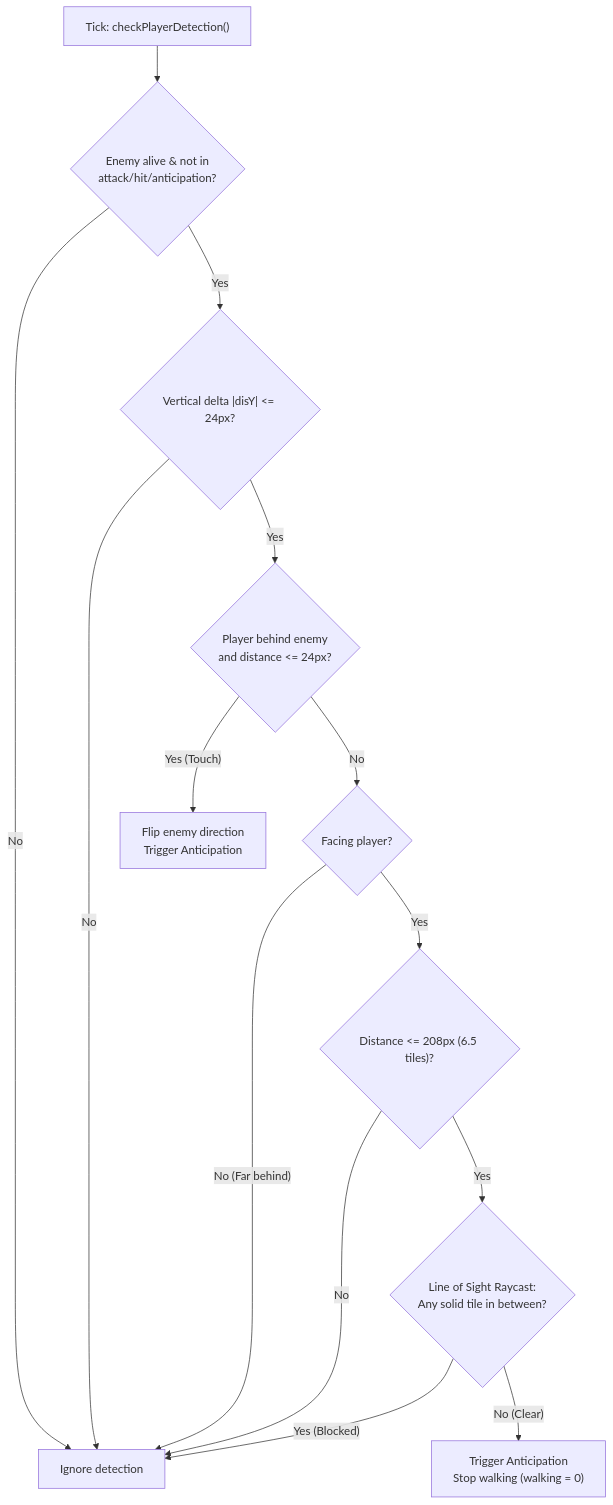
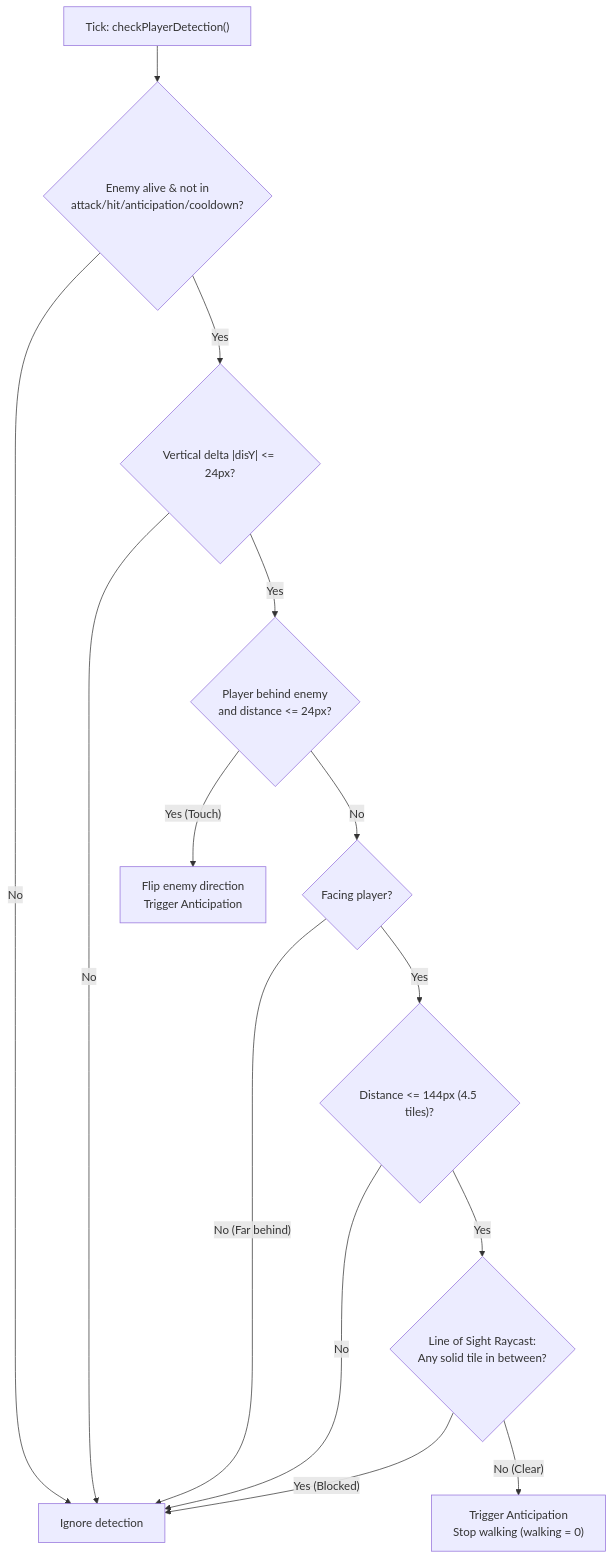
The diagram in docs/ENEMY_DETECTION.md (kzxatgc/blade-voyage), drawn with Mermaid before and after one commit. The commit also changed other lines of this file and 3 other files, not shown here.

Commit message:
feat(enemy): add anticipation, attack actions, melee hitboxes, and balanced detection AI

````diff
--- a/docs/ENEMY_DETECTION.md
+++ b/docs/ENEMY_DETECTION.md
@@ -24,16 +25,16 @@
 ```mermaid
 flowchart TD
-    Start["Tick: checkPlayerDetection()"] --> IsActive{"Enemy alive & not in<br/>attack/hit/anticipation?"}
+    Start["Tick: checkPlayerDetection()"] --> IsActive{"Enemy alive & not in<br/>attack/hit/anticipation/cooldown?"}
     IsActive -- No --> Ignore["Ignore detection"]
     IsActive -- Yes --> VertCheck{"Vertical delta |disY| <= 24px?"}
     VertCheck -- No --> Ignore
     VertCheck -- Yes --> BehindCheck{"Player behind enemy<br/>and distance <= 24px?"}
     BehindCheck -- Yes (Touch) --> TurnAround["Flip enemy direction<br/>Trigger Anticipation"]
     BehindCheck -- No --> Facing{"Facing player?"}
     Facing -- No (Far behind) --> Ignore
-    Facing -- Yes --> RangeCheck{"Distance <= 208px (6.5 tiles)?"}
+    Facing -- Yes --> RangeCheck{"Distance <= 144px (4.5 tiles)?"}
     RangeCheck -- No --> Ignore
     RangeCheck -- Yes --> Raycast{"Line of Sight Raycast:<br/>Any solid tile in between?"}
     Raycast -- Yes (Blocked) --> Ignore
     Raycast -- No (Clear) --> Trigger["Trigger Anticipation<br/>Stop walking (walking = 0)"]
 ```
````
